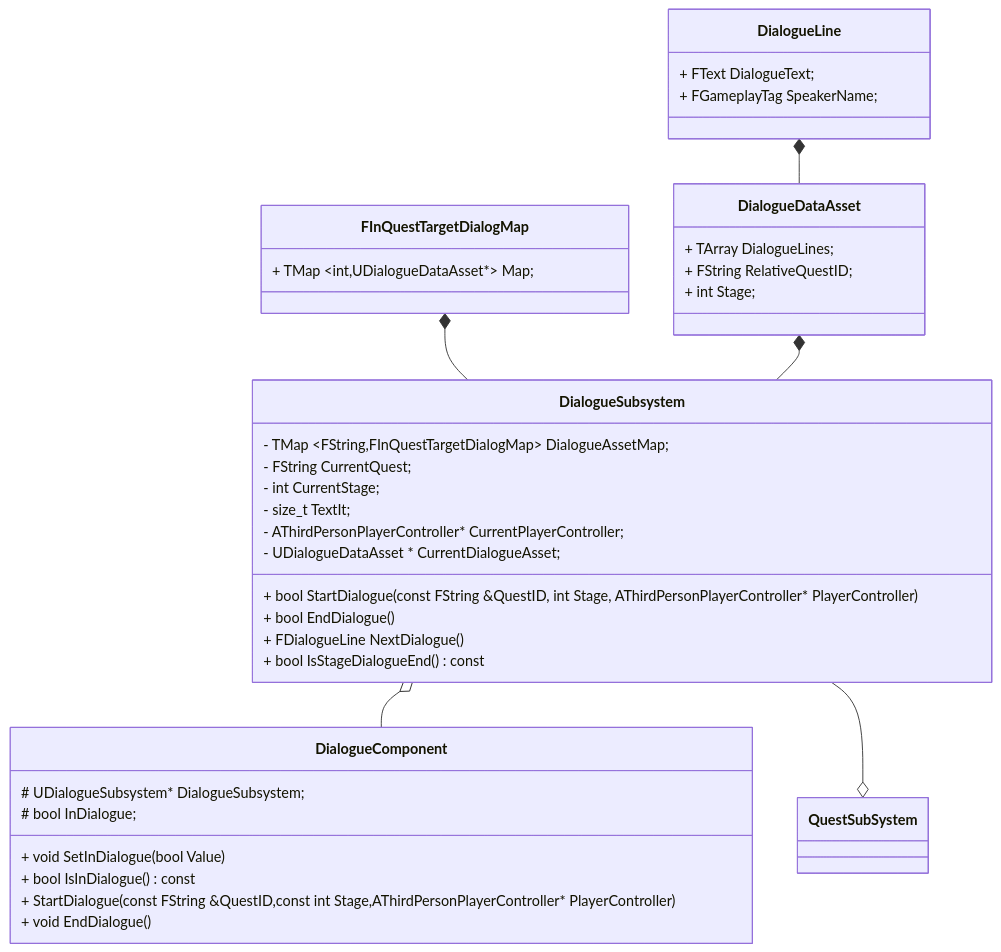
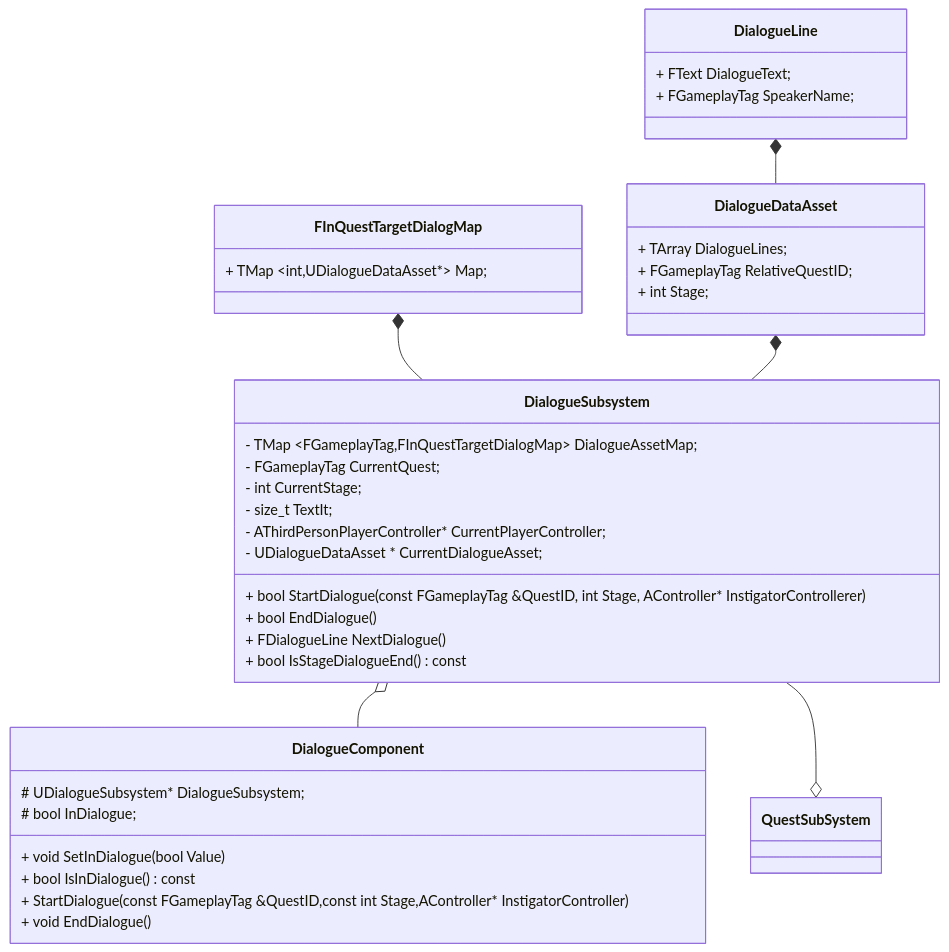
Before and after one commit to getyo/ARPG_Learn: the third of 10 diagrams in Document/任务系统，对话系统，以及角色系统文档整理.md, drawn with Mermaid. The commit also changed other lines of this file and 7 other files, not shown here.

````diff
--- a/Document/任务系统，对话系统，以及角色系统文档整理.md
+++ b/Document/任务系统，对话系统，以及角色系统文档整理.md
@@ -102,40 +107,40 @@
 ```mermaid
 classDiagram 
 	 DialogueLine *-- DialogueDataAsset
 	 FInQuestTargetDialogMap *-- DialogueSubsystem
 	 DialogueDataAsset *-- DialogueSubsystem
 	 DialogueSubsystem o-- DialogueComponent 
 	 DialogueSubsystem --o QuestSubSystem
 	 class DialogueLine{
 		+ FText DialogueText;
 		+ FGameplayTag SpeakerName;
 	 }
 	 class DialogueDataAsset{
 		+ TArray<FDialogueLine> DialogueLines;
-		+ FString RelativeQuestID;
+		+ FGameplayTag RelativeQuestID;
 		+ int Stage;
 	 }
 	 class FInQuestTargetDialogMap{
 	 	+ TMap ~int,UDialogueDataAsset*~ Map;
 	 }
 	 class DialogueSubsystem{
-	 	- TMap ~FString,FInQuestTargetDialogMap~ DialogueAssetMap;
-	 	- FString CurrentQuest;
+	 	- TMap ~FGameplayTag,FInQuestTargetDialogMap~ DialogueAssetMap;
+	 	- FGameplayTag CurrentQuest;
 		- int CurrentStage;
 		- size_t TextIt;
 		- AThirdPersonPlayerController* CurrentPlayerController;
 		- UDialogueDataAsset * CurrentDialogueAsset;
-		+ bool StartDialogue(const FString &QuestID, int Stage, AThirdPersonPlayerController* PlayerController)
+		+ bool StartDialogue(const FGameplayTag &QuestID, int Stage, AController* InstigatorControllerer)
 		+ bool EndDialogue()
 		+ FDialogueLine NextDialogue()
 		+ bool IsStageDialogueEnd() const
 	 }
 	 class DialogueComponent {
 		# UDialogueSubsystem* DialogueSubsystem;
 		# bool InDialogue;
 		+ void SetInDialogue(bool Value)
 		+ bool IsInDialogue() const
-		+ StartDialogue(const FString &QuestID,const int Stage,AThirdPersonPlayerController* PlayerController)
+		+ StartDialogue(const FGameplayTag &QuestID,const int Stage,AController* InstigatorController)
 		+ void EndDialogue()
 	 }
 ```
````
